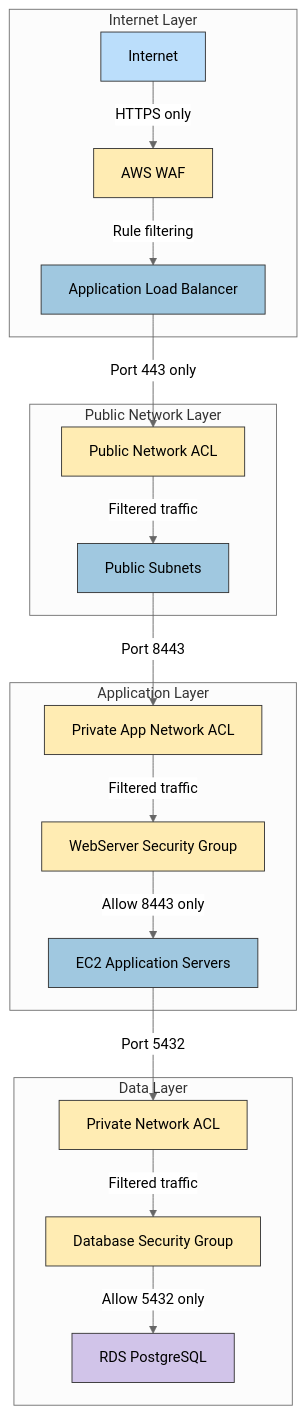
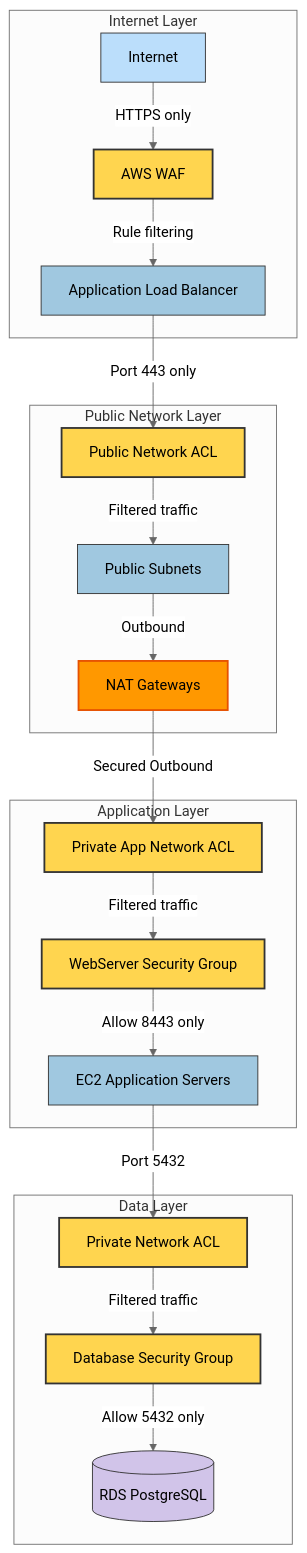
One commit to Hack23/cia changed the third of 12 diagrams in SECURITY_ARCHITECTURE.md. Above: the diagram before and after it, drawn with Mermaid (neutral theme). The commit also changed other lines of this file, not shown here.

````diff
--- a/SECURITY_ARCHITECTURE.md
+++ b/SECURITY_ARCHITECTURE.md
@@ -351,34 +376,38 @@
 ```mermaid
 graph TD
-    classDef internet fill:#bbdefb,stroke:#333,stroke-width:1px
-    classDef firewall fill:#ffecb3,stroke:#333,stroke-width:1px,color:black
-    classDef network fill:#a0c8e0,stroke:#333,stroke-width:1px
-    classDef database fill:#d1c4e9,stroke:#333,stroke-width:1px
-    
     subgraph "Internet Layer"
         A[Internet] -->|HTTPS only| B[AWS WAF]
         B -->|Rule filtering| C[Application Load Balancer]
     end
     
     subgraph "Public Network Layer"
         C -->|Port 443 only| D[Public Network ACL]
         D -->|Filtered traffic| E[Public Subnets]
+        E -->|Outbound| F[NAT Gateways]
     end
     
     subgraph "Application Layer"
-        E -->|Port 8443| F[Private App Network ACL]
-        F -->|Filtered traffic| G[WebServer Security Group]
-        G -->|Allow 8443 only| H[EC2 Application Servers]
+        F -->|Secured Outbound| G[Private App Network ACL]
+        G -->|Filtered traffic| H[WebServer Security Group]
+        H -->|Allow 8443 only| I[EC2 Application Servers]
     end
     
     subgraph "Data Layer"
-        H -->|Port 5432| I[Private Network ACL]
-        I -->|Filtered traffic| J[Database Security Group]
-        J -->|Allow 5432 only| K[RDS PostgreSQL]
+        I -->|Port 5432| J[Private Network ACL]
+        J -->|Filtered traffic| K[Database Security Group]
+        K -->|Allow 5432 only| L[(RDS PostgreSQL)]
     end
     
-    class A internet
-    class B,D,F,G,I,J firewall
-    class C,E,H network
-    class K database
+    style A fill:#bbdefb,stroke:#333,stroke-width:1px
+    style B fill:#ffd54f,stroke:#333,stroke-width:2px
+    style C fill:#a0c8e0,stroke:#333,stroke-width:1px
+    style D fill:#ffd54f,stroke:#333,stroke-width:2px
+    style E fill:#a0c8e0,stroke:#333,stroke-width:1px
+    style F fill:#ff9800,stroke:#e65100,stroke-width:2px
+    style G fill:#ffd54f,stroke:#333,stroke-width:2px
+    style H fill:#ffd54f,stroke:#333,stroke-width:2px
+    style I fill:#a0c8e0,stroke:#333,stroke-width:1px
+    style J fill:#ffd54f,stroke:#333,stroke-width:2px
+    style K fill:#ffd54f,stroke:#333,stroke-width:2px
+    style L fill:#d1c4e9,stroke:#333,stroke-width:1px
 ```
````
